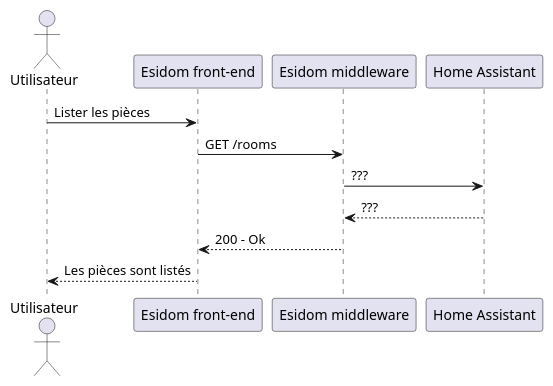
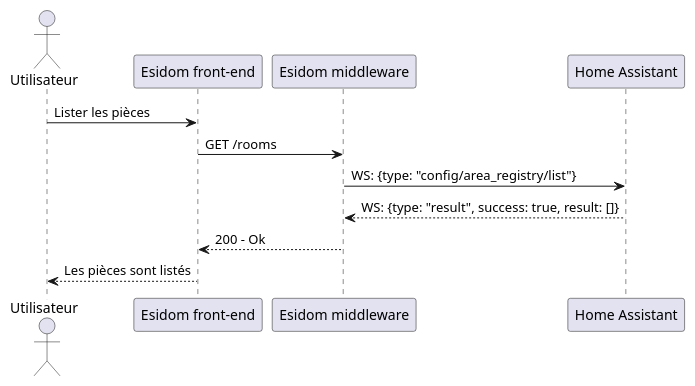
The diagram in cdct/diagramme_de_sequence/plantuml/lister_pieces.puml (SKAVALT-io/esidom_doc), drawn with PlantUML before and after one commit. The commit also changed 5 other files, not shown here.

Commit message:
docs(cdct): update sequence diagram

```diff
--- a/cdct/diagramme_de_sequence/plantuml/lister_pieces.puml
+++ b/cdct/diagramme_de_sequence/plantuml/lister_pieces.puml
@@ -1,15 +1,15 @@
 @startuml lister pièces
 
 actor "Utilisateur" as u
 participant "Esidom front-end" as fe
 participant "Esidom middleware" as m
 participant "Home Assistant" as ha
 
 u -> fe: Lister les pièces
 fe -> m: GET /rooms
-m -> ha: ???
-ha --> m: ???
+m -> ha: WS: {type: "config/area_registry/list"}
+ha --> m: WS: {type: "result", success: true, result: []}
 m --> fe: 200 - Ok
 fe --> u: Les pièces sont listés
 
 @enduml
```
